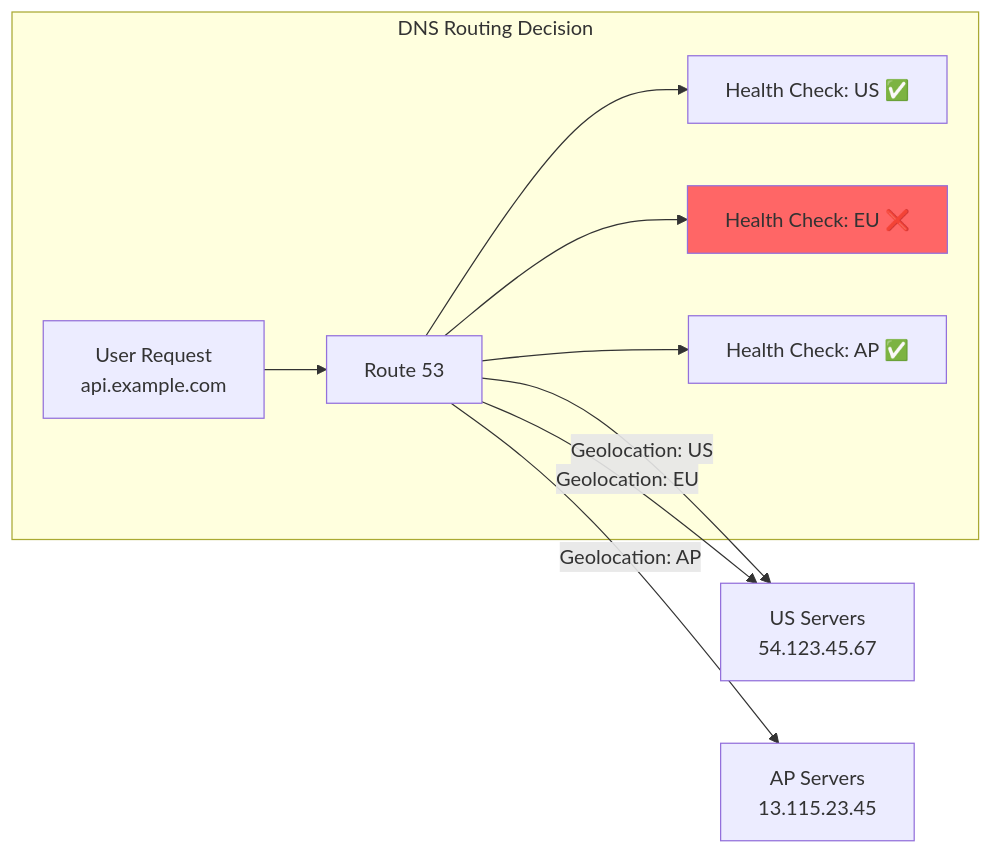
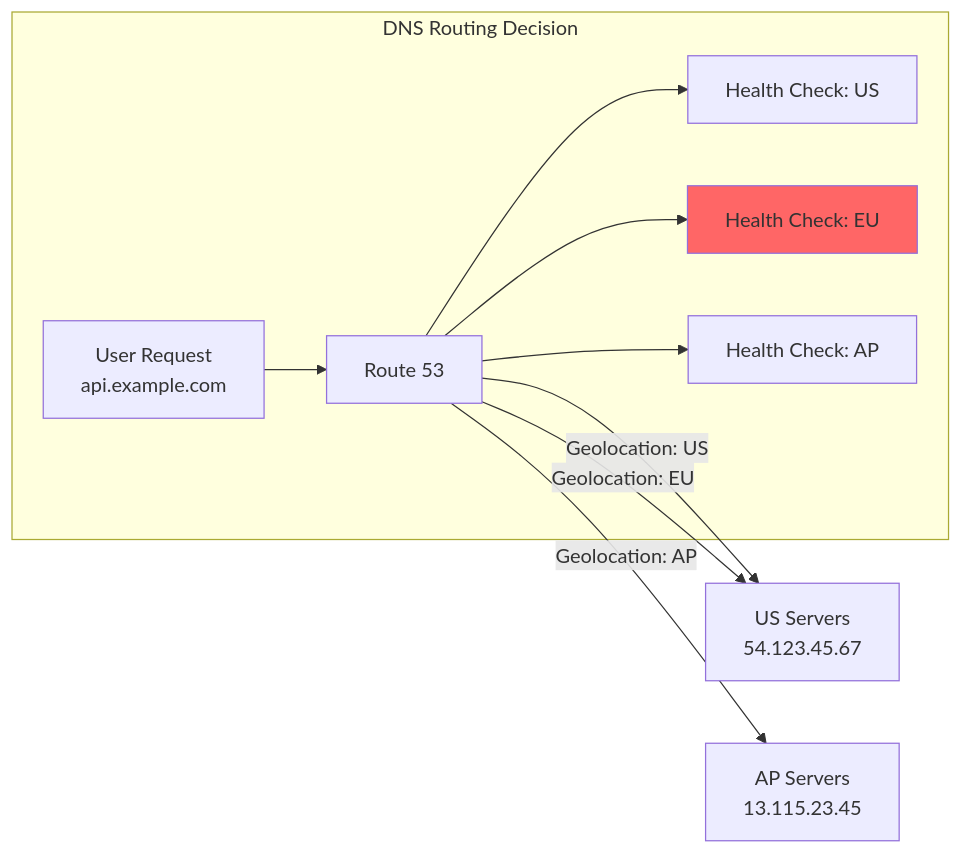
One commit to Vtheonly/Obsidian_Notes changed the second of 2 diagrams in SWE/System Design/1 Million RPS Knowledge/Chapter 14. Load Balancing and Distribution/14.4 DNS-Based Routing.md. Above: the diagram before and after it, drawn with Mermaid. The commit also changed 1506 other files, not shown here.

````diff
--- a/SWE/System Design/1 Million RPS Knowledge/Chapter 14. Load Balancing and Distribution/14.4 DNS-Based Routing.md
+++ b/SWE/System Design/1 Million RPS Knowledge/Chapter 14. Load Balancing and Distribution/14.4 DNS-Based Routing.md
@@ -84,21 +84,21 @@
 ```mermaid
 flowchart LR
     subgraph "DNS Routing Decision"
         USER["User Request<br/>api.example.com"]
         R53["Route 53"]
-        HC1["Health Check: US ✅"]
-        HC2["Health Check: EU ❌"]
-        HC3["Health Check: AP ✅"]
+        HC1["Health Check: US "]
+        HC2["Health Check: EU "]
+        HC3["Health Check: AP "]
     end
     
     USER --> R53
     R53 --> HC1
     R53 --> HC2
     R53 --> HC3
     
     R53 -->|"Geolocation: US"| US["US Servers<br/>54.123.45.67"]
     R53 -->|"Geolocation: EU"| US
     R53 -->|"Geolocation: AP"| AP["AP Servers<br/>13.115.23.45"]
     
     style HC2 fill:#ff6666
 ```
````
